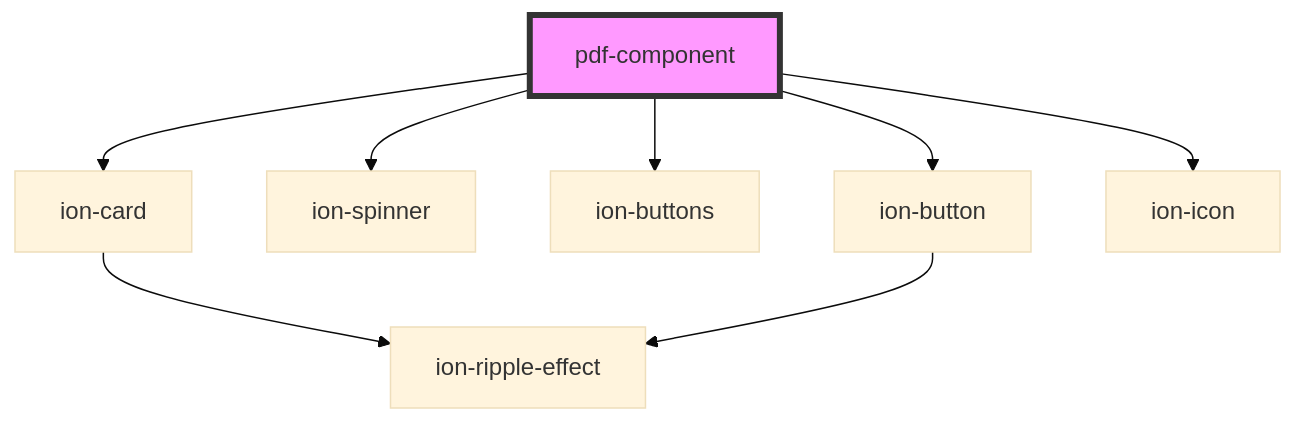
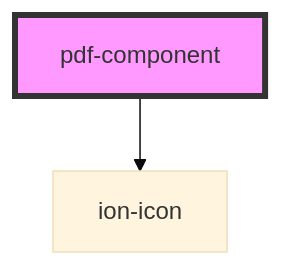
Before and after one commit to appfeel/pdf-component: the diagram in src/components/pdf-component/readme.md, drawn with Mermaid (base theme). The commit also changed other lines of this file and 1 other file, not shown here.

````diff
--- a/src/components/pdf-component/readme.md
+++ b/src/components/pdf-component/readme.md
@@ -33,11 +29,5 @@
 ```mermaid
 graph TD;
-  pdf-component --> ion-card
-  pdf-component --> ion-spinner
-  pdf-component --> ion-buttons
-  pdf-component --> ion-button
   pdf-component --> ion-icon
-  ion-card --> ion-ripple-effect
-  ion-button --> ion-ripple-effect
   style pdf-component fill:#f9f,stroke:#333,stroke-width:4px
 ```
````
